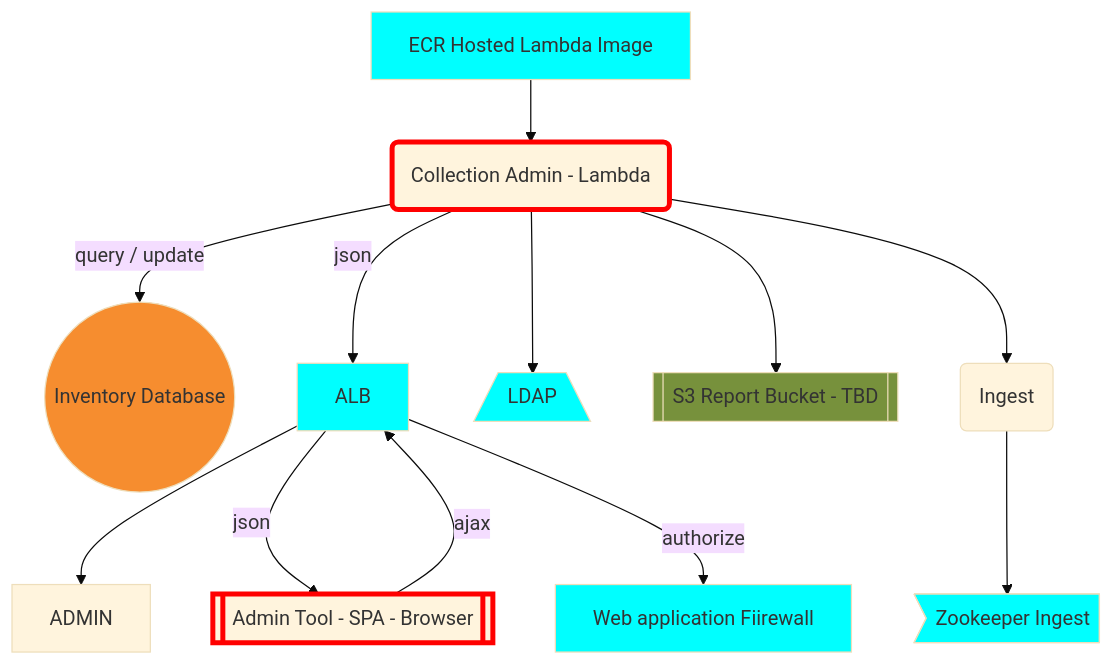
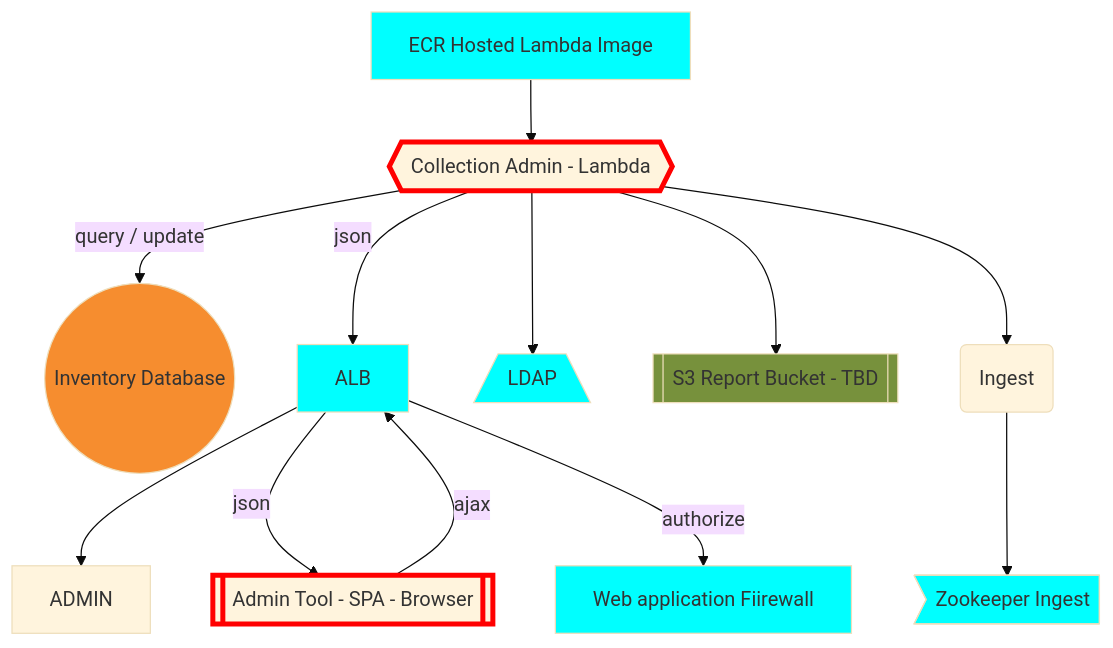
The diagram in diagrams/colladmin.mmd (CDLUC3/mrt-doc), drawn with Mermaid before and after one commit. The commit also changed 5 other files, not shown here.

```diff
--- a/diagrams/colladmin.mmd
+++ b/diagrams/colladmin.mmd
@@ -1,33 +1,33 @@
 %%{init: {'theme': 'base'}}%%
 graph TD
   RDSINV((Inventory Database))
-  COLLADMIN(Collection Admin - Lambda)
+  COLLADMIN{{Collection Admin - Lambda}}
   ADMINWEB[[Admin Tool - SPA - Browser]]
   WAF[Web application Fiirewall]
   ECR[ECR Hosted Lambda Image]
   ING(Ingest)
   ZOOING>Zookeeper Ingest]
   LDAP[/LDAP\]
   S3RPT[[S3 Report Bucket - TBD]]
 
   COLLADMIN --> |"query / update"| RDSINV
   ALB --> ADMIN
   COLLADMIN --> |json| ALB
   ADMINWEB --> |ajax| ALB
   ALB --> |json| ADMINWEB
   ALB --> |authorize| WAF
   ECR --> COLLADMIN
   COLLADMIN --> ING
   COLLADMIN --> LDAP
   COLLADMIN --> S3RPT
   ING --> ZOOING
 
   style RDSINV fill:#F68D2F
   style COLLADMIN stroke:red,stroke-width:4px
   style ADMINWEB stroke:red,stroke-width:4px
   style ALB fill:cyan
   style WAF fill:cyan
   style ECR fill:cyan
   style ZOOING fill:cyan
   style LDAP fill:cyan
   style S3RPT fill:#77913C
```
